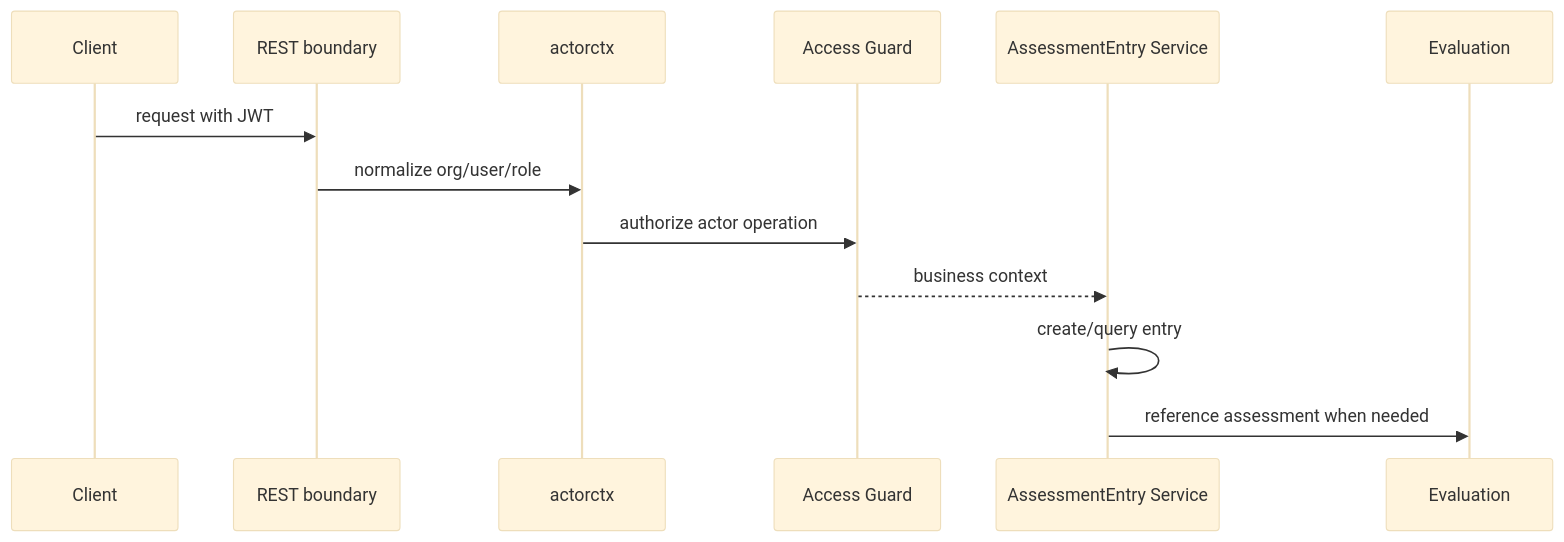
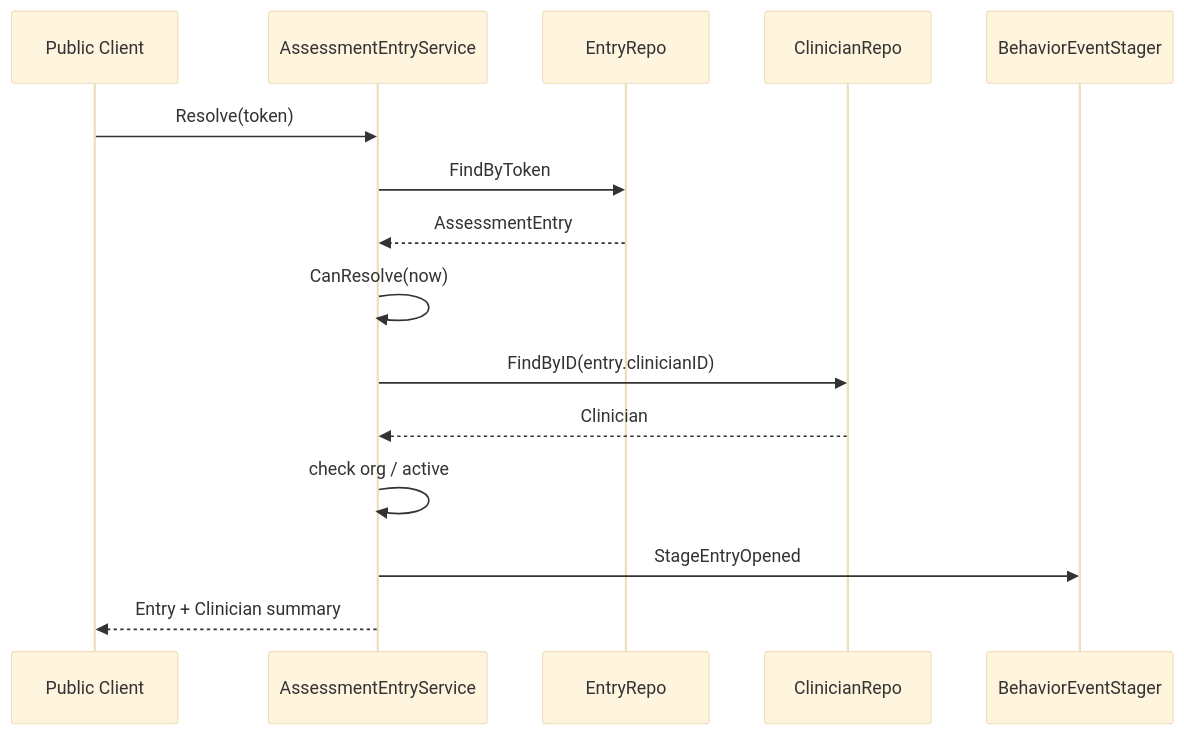
The second of 3 diagrams in docs/02-业务模块/actor/03-AssessmentEntry与IAM边界.md (FangcunMount/qs-server), drawn with Mermaid (base theme) before and after one commit. The commit also changed other lines of this file and 5 other files, not shown here.

````diff
--- a/docs/02-业务模块/actor/03-AssessmentEntry与IAM边界.md
+++ b/docs/02-业务模块/actor/03-AssessmentEntry与IAM边界.md
@@ -37,16 +89,18 @@
 ```mermaid
 sequenceDiagram
-    participant Client
-    participant REST as REST boundary
-    participant Ctx as actorctx
-    participant Access as Access Guard
-    participant Entry as AssessmentEntry Service
-    participant Eval as Evaluation
+    participant Client as Public Client
+    participant App as AssessmentEntryService
+    participant Repo as EntryRepo
+    participant ClinicianRepo as ClinicianRepo
+    participant Events as BehaviorEventStager
 
-    Client->>REST: request with JWT
-    REST->>Ctx: normalize org/user/role
-    Ctx->>Access: authorize actor operation
-    Access-->>Entry: business context
-    Entry->>Entry: create/query entry
-    Entry->>Eval: reference assessment when needed
+    Client->>App: Resolve(token)
+    App->>Repo: FindByToken
+    Repo-->>App: AssessmentEntry
+    App->>App: CanResolve(now)
+    App->>ClinicianRepo: FindByID(entry.clinicianID)
+    ClinicianRepo-->>App: Clinician
+    App->>App: check org / active
+    App->>Events: StageEntryOpened
+    App-->>Client: Entry + Clinician summary
 ```
````
